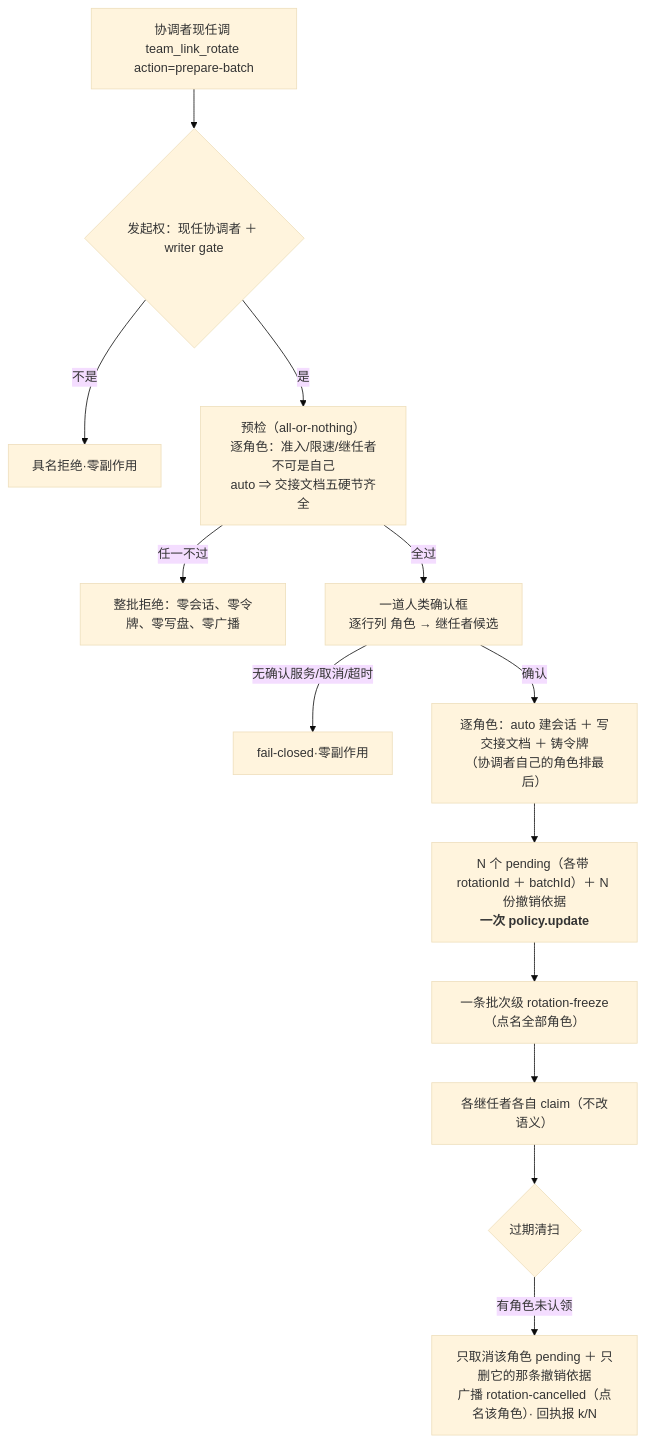
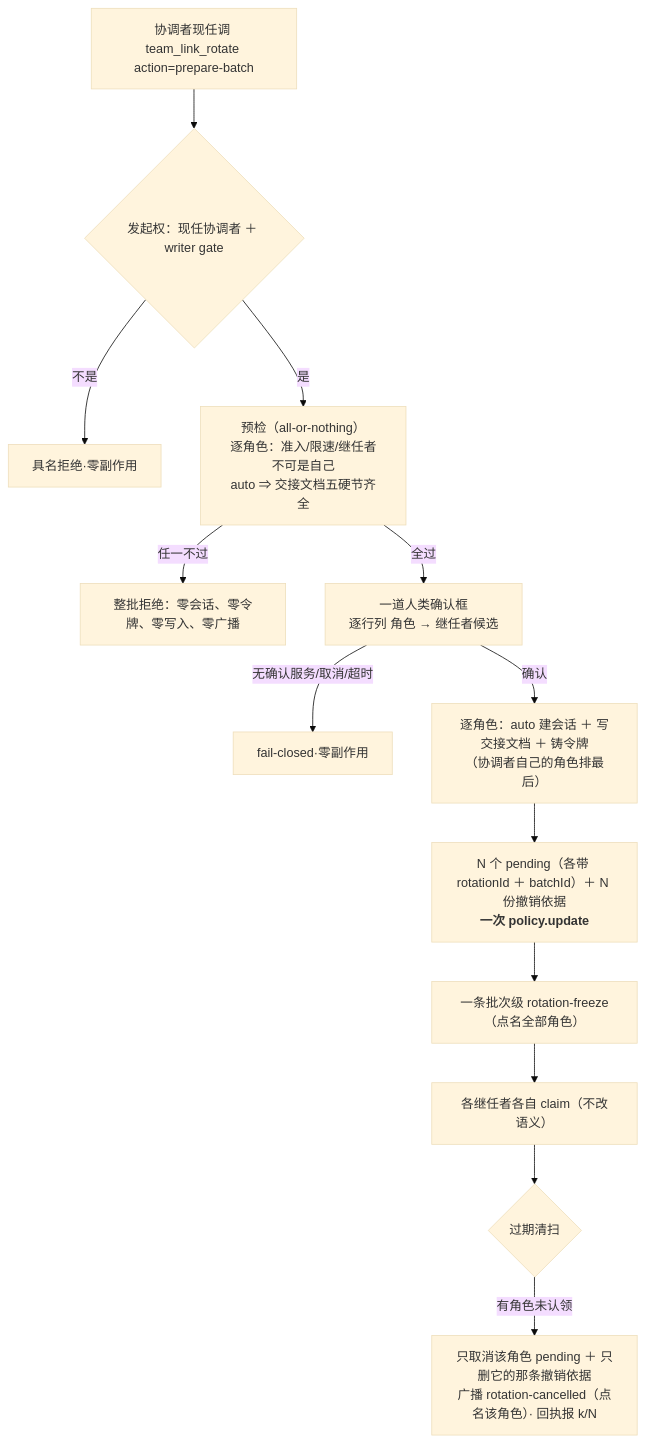
The diagram in docs/2026-10-18-team-rotation-design.md (shenhuanageshei/dsh-team-link), drawn with Mermaid (base theme) before and after one commit. The commit also changed other lines of this file and 12 other files, not shown here.

````diff
--- a/docs/2026-10-18-team-rotation-design.md
+++ b/docs/2026-10-18-team-rotation-design.md
@@ -14,15 +15,15 @@
 ```mermaid
 flowchart TD
     A["协调者现任调 team_link_rotate action=prepare-batch"] --> B{"发起权：现任协调者 ＋ writer gate"}
     B -- 不是 --> X0["具名拒绝·零副作用"]
     B -- 是 --> C["预检（all-or-nothing）<br/>逐角色：准入/限速/继任者不可是自己<br/>auto ⇒ 交接文档五硬节齐全"]
-    C -- 任一不过 --> X1["整批拒绝：零会话、零令牌、零写盘、零广播"]
+    C -- 任一不过 --> X1["整批拒绝：零会话、零令牌、零写入、零广播"]
     C -- 全过 --> D["一道人类确认框<br/>逐行列 角色 → 继任者候选"]
     D -- 无确认服务/取消/超时 --> X2["fail-closed·零副作用"]
     D -- 确认 --> E["逐角色：auto 建会话 ＋ 写交接文档 ＋ 铸令牌<br/>（协调者自己的角色排最后）"]
     E --> F["N 个 pending（各带 rotationId ＋ batchId）＋ N 份撤销依据<br/><b>一次 policy.update</b>"]
     F --> G["一条批次级 rotation-freeze（点名全部角色）"]
     G --> H["各继任者各自 claim（不改语义）"]
     H --> I{"过期清扫"}
     I -- 有角色未认领 --> J["只取消该角色 pending ＋ 只删它的那条撤销依据<br/>广播 rotation-cancelled（点名该角色）· 回执报 k/N"]
 ```
````
